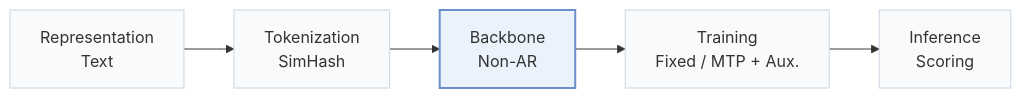
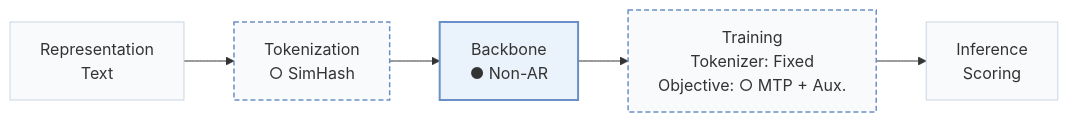
The first of 2 diagrams in pages/papers/flash.md (Galaxy-ghost/Awesome-SID-Generative-Rec), drawn with Mermaid before and after one commit. The commit also changed other lines of this file and 558 other files, not shown here.

````diff
--- a/pages/papers/flash.md
+++ b/pages/papers/flash.md
@@ -15,8 +19,10 @@
 ```mermaid
 flowchart LR
-    R["Representation<br/>Text"] --> T["Tokenization<br/>SimHash"] --> B["Backbone<br/>Non-AR"] --> TR["Training<br/>Fixed / MTP + Aux."] --> I["Inference<br/>Scoring"]
+    R["Representation<br/>Text"] --> T["Tokenization<br/>○ SimHash"] --> B["Backbone<br/>● Non-AR"] --> TR["Training<br/>Tokenizer: Fixed<br/>Objective: ○ MTP + Aux."] --> I["Inference<br/>Scoring"]
     classDef base fill:#f8fafc,stroke:#cbd5e1
     class R,T,B,TR,I base
+    classDef other fill:#f8fafc,stroke:#6b8fc7,stroke-width:1.5px,stroke-dasharray:5 3
+    class T,TR other
     classDef main fill:#eaf2fb,stroke:#6b8fc7,stroke-width:2px
     class B main
 ```
````
